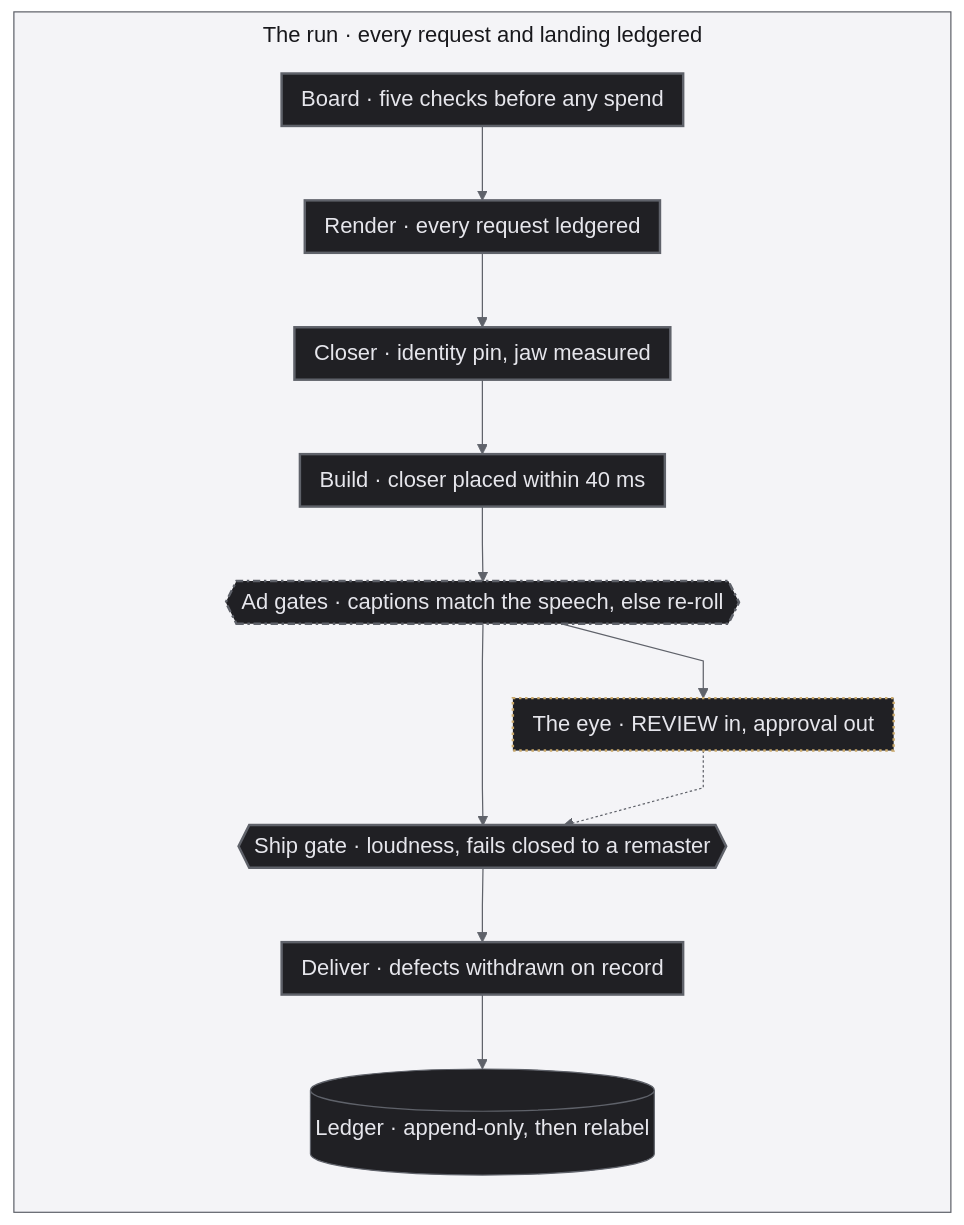
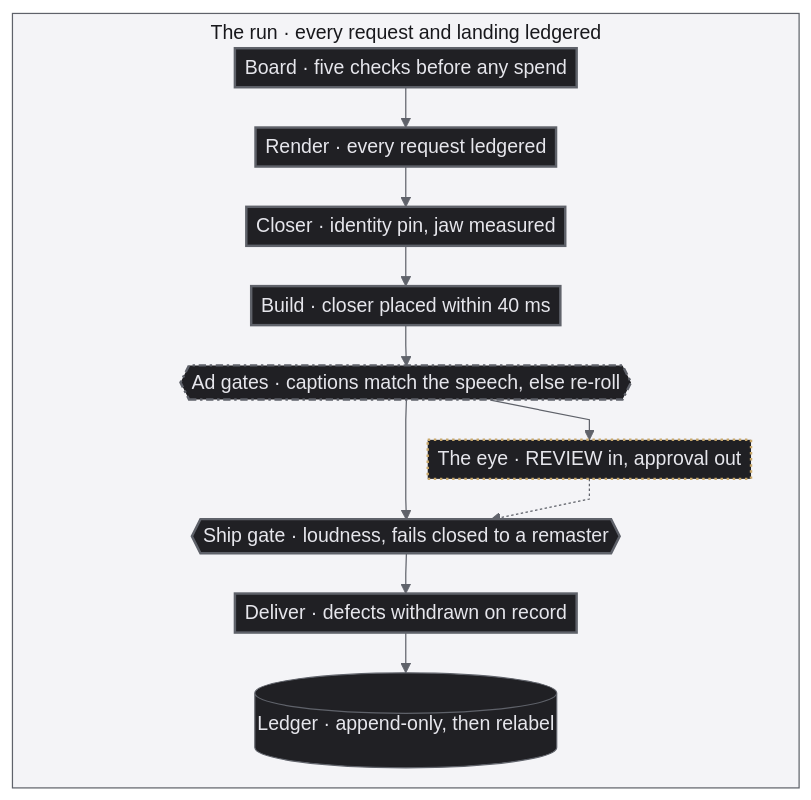
The diagram in README.md (jameswniu/ad-creative-pipeline-multimodal-evals), drawn with Mermaid before and after one commit.

Commit message:
Pull the loop graph in, same spine, a third shorter

````diff
--- a/README.md
+++ b/README.md
@@ -321,30 +321,30 @@
 ```mermaid
-%%{init: {'flowchart': {'curve': 'linear', 'nodeSpacing': 30, 'rankSpacing': 36, 'padding': 8, 'diagramPadding': 4, 'wrappingWidth': 520, 'subGraphTitleMargin': {'top': 6, 'bottom': 14}}, 'themeVariables': {'fontSize': '18px', 'lineColor': '#5f626a', 'edgeLabelBackground': '#ffffff', 'clusterBkg': '#f4f4f7', 'clusterBorder': '#5f626a', 'titleColor': '#18181c'}}}%%
+%%{init: {'flowchart': {'curve': 'linear', 'nodeSpacing': 16, 'rankSpacing': 8, 'padding': 4, 'diagramPadding': 2, 'wrappingWidth': 520, 'subGraphTitleMargin': {'top': 4, 'bottom': 8}}, 'themeVariables': {'fontSize': '16px', 'lineColor': '#5f626a', 'edgeLabelBackground': '#ffffff', 'clusterBkg': '#f4f4f7', 'clusterBorder': '#5f626a', 'titleColor': '#18181c'}}}%%
 flowchart TD
     subgraph RUN["The run · every request and landing ledgered"]
         direction TB
         AG{{"Ad gates · captions match the speech, else re-roll"}}
         %% GH is an invisible twin of the eye, it balances the spine so the steps stay in one column
         AG ~~~ GH["The eye · REVIEW in, approval out"]
         GH ~~~ SG
         B["Board · five checks before any spend"] --> R["Render · every request ledgered"] --> C["Closer · identity pin, jaw measured"] --> BU["Build · closer placed within 40 ms"] --> AG --> SG{{"Ship gate · loudness, fails closed to a remaster"}} --> D["Deliver · defects withdrawn on record"]
         D --> L[("Ledger · append-only, then relabel")]
         AG --> EYE["The eye · REVIEW in, approval out"]
         EYE -.-> SG
     end
 
     classDef run fill:#202024,stroke:#5f626a,color:#e6e6ec
     classDef process fill:#202024,stroke:#5f626a,stroke-width:2px,color:#e6e6ec
     classDef outcome fill:#202024,stroke:#5f626a,stroke-width:2px,stroke-dasharray:6 3,color:#e6e6ec
     classDef quality fill:#202024,stroke:#c9a86a,stroke-width:2px,stroke-dasharray:2 3,color:#e6e6ec
     classDef shared fill:#202024,stroke:#5f626a,stroke-width:2px,stroke-dasharray:6 3 2 3,color:#e6e6ec
     classDef ghost fill:none,stroke:none,color:transparent
     class L run
     class B,R,C,BU,SG,D process
     class AG outcome
     class AG quality
     class AG shared
     class EYE quality
     class GH ghost
     style RUN fill:#f4f4f7,stroke:#5f626a,color:#18181c
 ```
````
